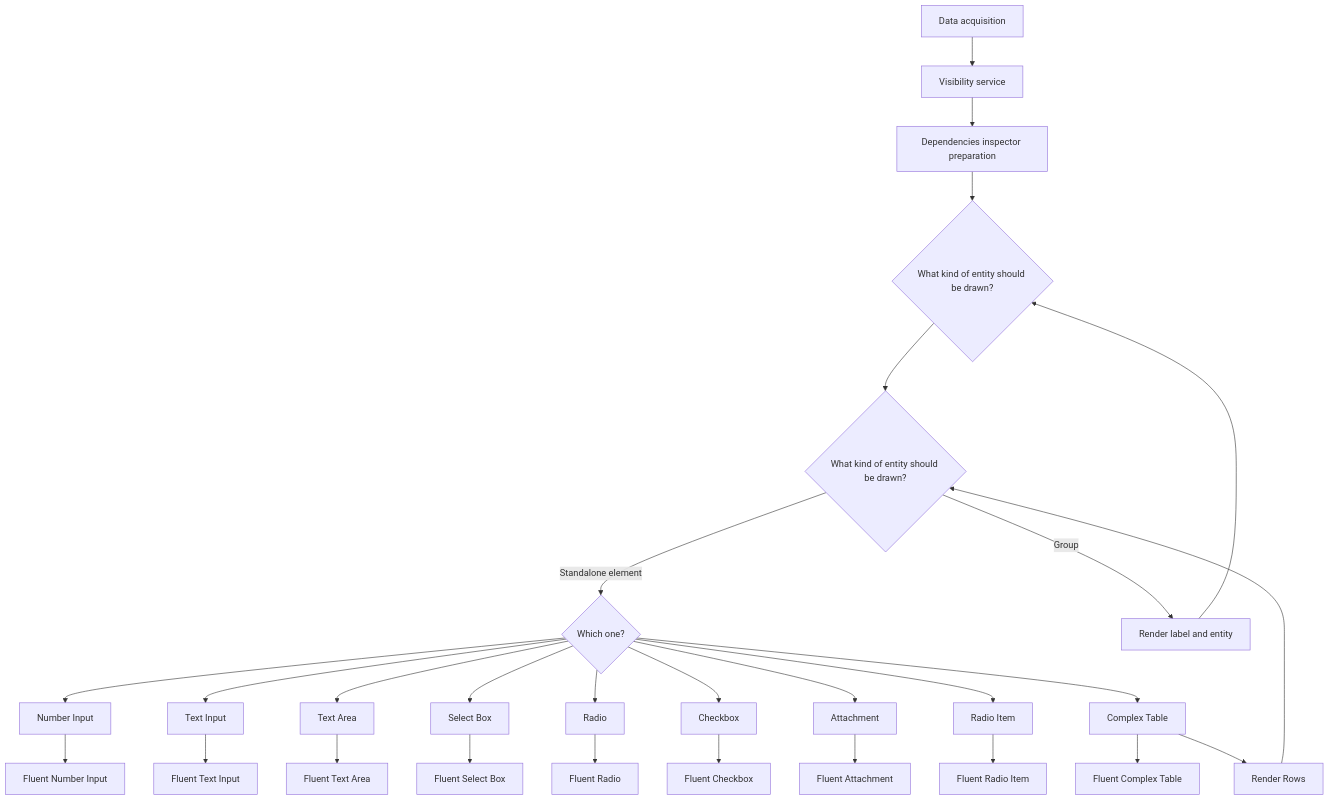
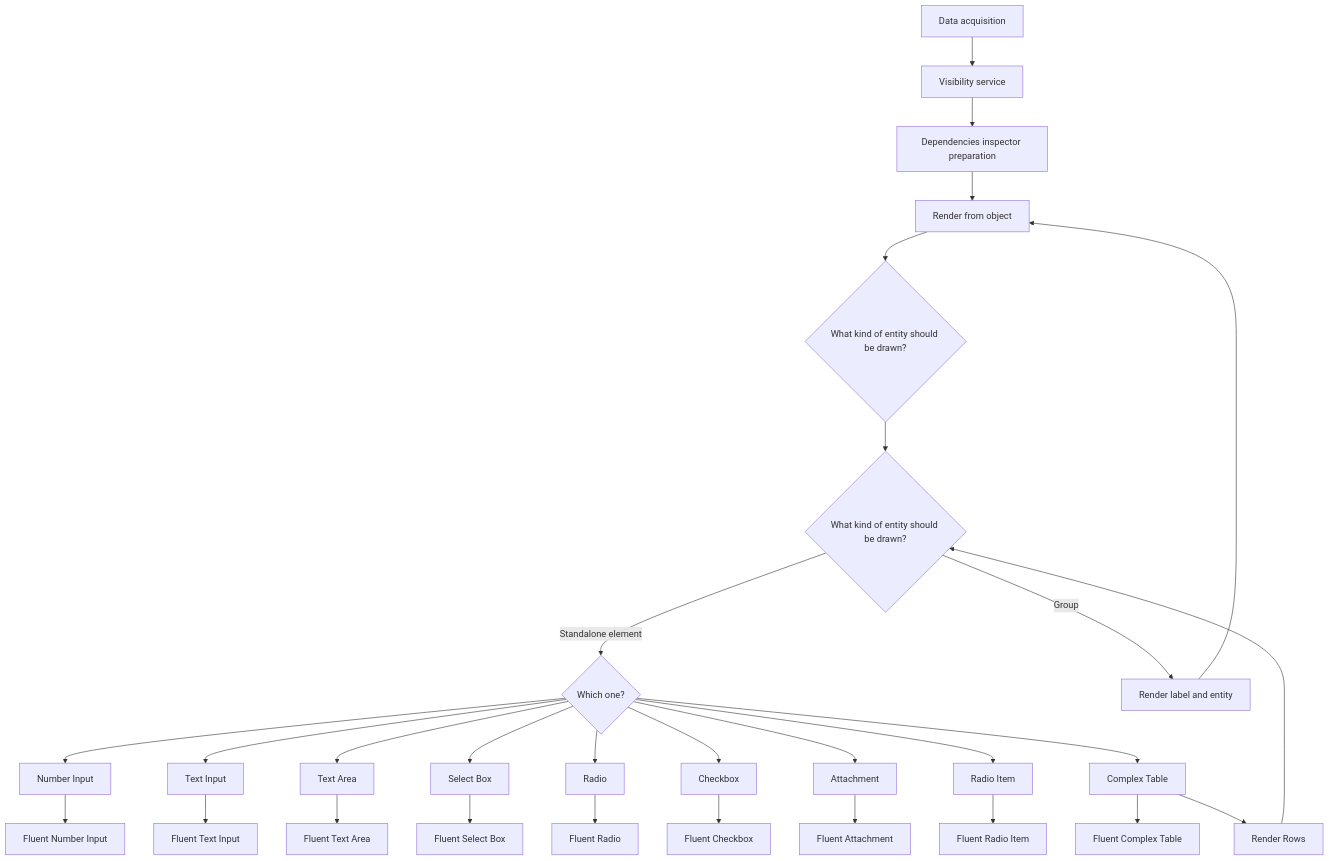
The first of 2 diagrams in README.md (OlegV25/smells), drawn with Mermaid before and after one commit. The commit also changed other lines of this file, not shown here.

````diff
--- a/README.md
+++ b/README.md
@@ -86,33 +96,34 @@
 ```mermaid
 flowchart TD
     A[Data acquisition] --> B[Visibility service]
     B --> B1[Dependencies inspector preparation]
-    B1 --> C{What kind of entity should be drawn?}
+    B1 --> B2[Render from object]
+    B2 --> C{What kind of entity should be drawn?}
 
     C --> D1{What kind of entity should be drawn?}
     D1 -->|Standalone element| E{Which one?}
     E --> F1[Number Input]
     F1 --> G1[Fluent Number Input]
     E --> F2[Text Input]
     F2 --> G2[Fluent Text Input]
     E --> F3[Text Area]
     F3 --> G3[Fluent Text Area]
     E --> F4[Select Box]
     F4 --> G4[Fluent Select Box]
     E --> F5[Radio]
     F5 --> G5[Fluent Radio]
     E --> F6[Checkbox]
     F6 --> G6[Fluent Checkbox]
     E --> F7[Attachment]
     F7 --> G7[Fluent Attachment]
     E --> F8[Radio Item]
     F8 --> G8[Fluent Radio Item]
     E --> F9[Complex Table]
     F9 --> G9[Fluent Complex Table]
     F9 --> F10[Render Rows]
     F10 --> D1
 
     
     D1 -->|Group| G[Render label and entity]
-    G --> C
+    G --> B2
 ```
````
